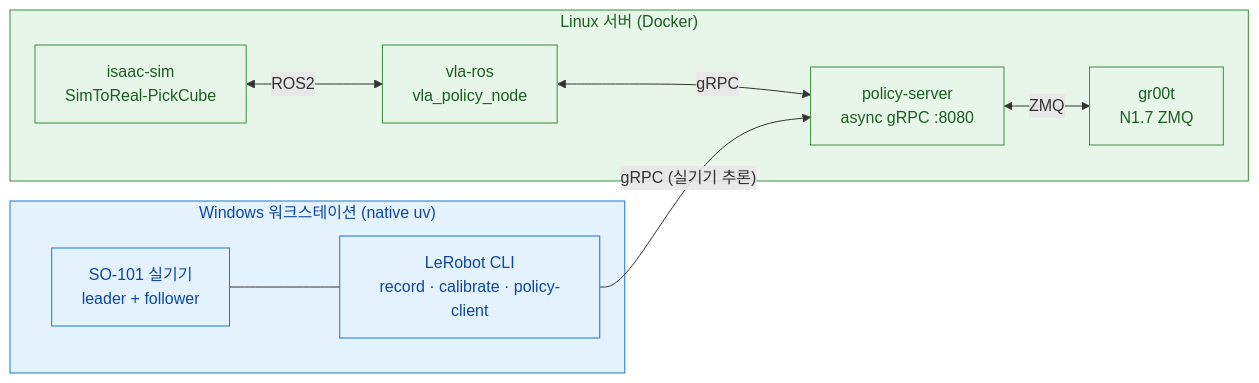
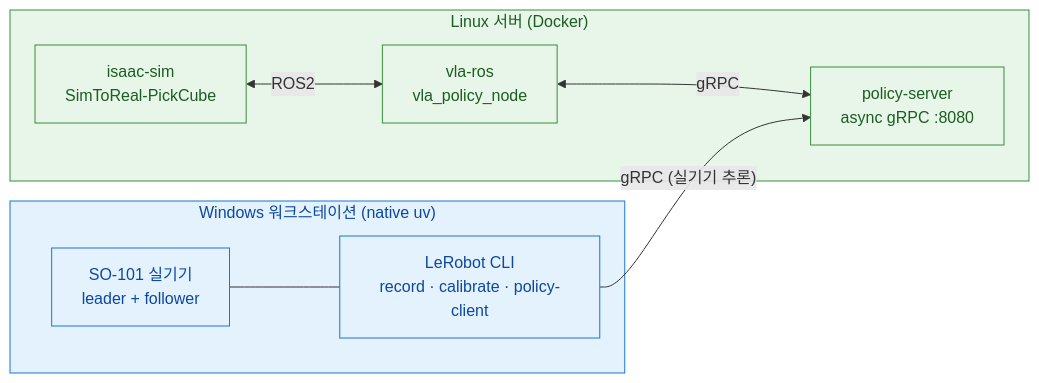
Before and after one commit to PubCyBerry/SO101-Sim2Real: the diagram in README.md, drawn with Mermaid. The commit also changed other lines of this file and 10 other files, not shown here.

````diff
--- a/README.md
+++ b/README.md
@@ -37,23 +37,21 @@
 ```mermaid
 flowchart LR
     subgraph WIN["Windows 워크스테이션 (native uv)"]
         ROBOT["SO-101 실기기<br/>leader + follower"]
         CLI["LeRobot CLI<br/>record · calibrate · policy-client"]
         ROBOT --- CLI
     end
     subgraph LNX["Linux 서버 (Docker)"]
         PS["policy-server<br/>async gRPC :8080"]
         SIM["isaac-sim<br/>SimToReal-PickCube"]
         VLA["vla-ros<br/>vla_policy_node"]
-        GR["gr00t<br/>N1.7 ZMQ"]
         SIM <-->|ROS2| VLA
         VLA <-->|gRPC| PS
-        PS <-->|ZMQ| GR
     end
     CLI -->|"gRPC (실기기 추론)"| PS
 
     classDef win fill:#e3f2fd,stroke:#1976d2,color:#0d47a1
     classDef lnx fill:#e8f5e9,stroke:#388e3c,color:#1b5e20
     class WIN,ROBOT,CLI win
-    class LNX,PS,SIM,VLA,GR lnx
+    class LNX,PS,SIM,VLA lnx
 ```
````
